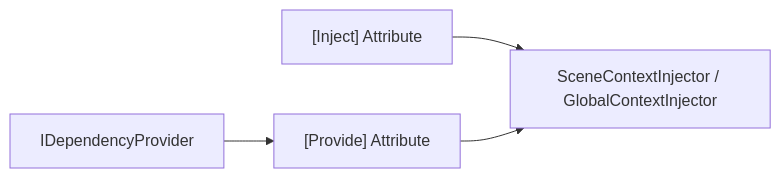
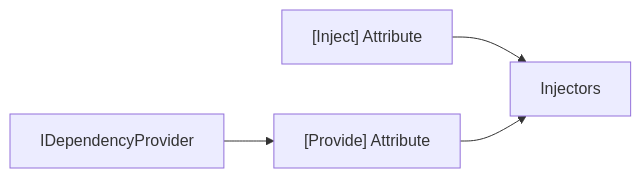
One commit to oultrox/DumbInjector changed the first of 3 diagrams in README.md. Above: the diagram before and after it, drawn with Mermaid.

````diff
--- a/README.md
+++ b/README.md
@@ -8,14 +8,14 @@
 ```mermaid
 graph LR
     %% Core Interfaces
     IDP["IDependencyProvider"]
 
     %% Attributes
     Inject["[Inject] Attribute"]
     Provide["[Provide] Attribute"]
 
     %% Connections
     IDP --> Provide
-    Inject --> Injector["SceneContextInjector / GlobalContextInjector"]
+    Inject --> Injector["Injectors"]
     Provide --> Injector
 ```
````
